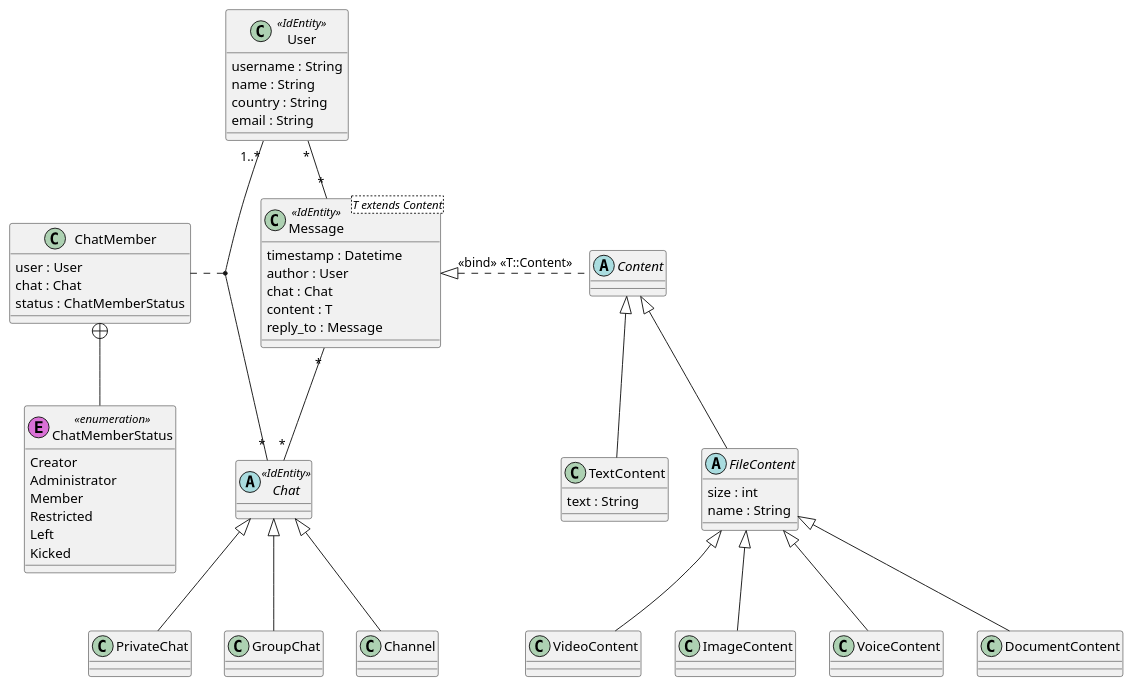
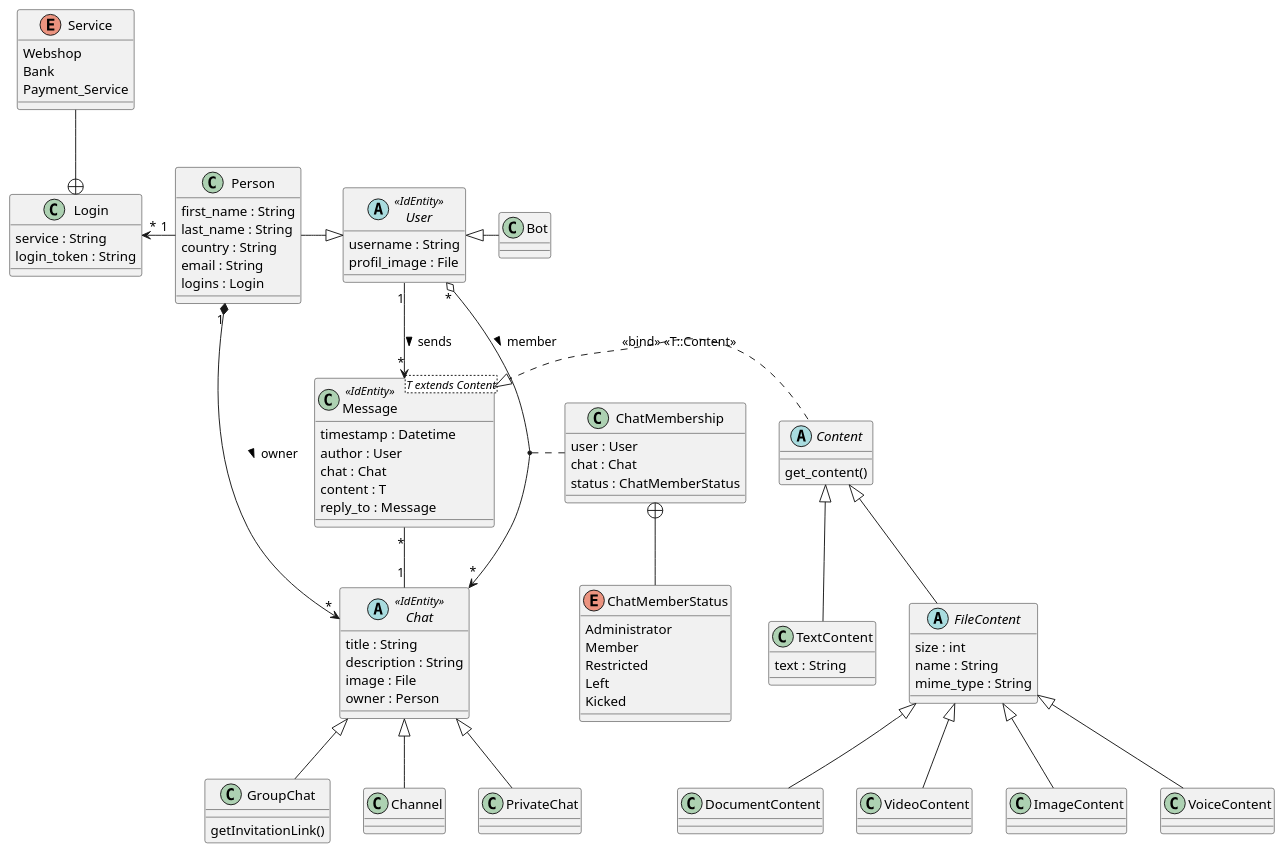
Before and after one commit to bbenno/oth-sw: the diagram in src/doc/uml-domain.pu, drawn with PlantUML.

Commit message:
Extend UML domain model
* add classes
  * Person
  * Login
  * Service
* clarify association types

```diff
--- a/src/doc/uml-domain.pu
+++ b/src/doc/uml-domain.pu
@@ -1,69 +1,108 @@
 @startuml
 
-class User <<IdEntity>> {
-    username : String
-    name : String
+class Person {
+    first_name : String
+    last_name : String
     country : String
     email : String
+    logins : Login
 }
 
-abstract class Chat <<IdEntity>>
+class Login {
+    service : String
+    login_token : String
+}
 
-class ChatMember {
+enum Service {
+    Webshop
+    Bank
+    Payment_Service
+}
+
+abstract class User <<IdEntity>> {
+    username : String
+    profil_image : File
+}
+
+abstract class Chat <<IdEntity>> {
+    title : String
+    description : String
+    image : File
+    owner : Person
+}
+
+class PrivateChat
+
+class GroupChat {
+    getInvitationLink()
+}
+
+class ChatMembership {
     user : User
     chat : Chat
     status : ChatMemberStatus
 }
 
-class ChatMemberStatus << (E,orchid) enumeration>> {
-    Creator
+enum ChatMemberStatus {
     Administrator
     Member
     Restricted
     Left
     Kicked
 }
 
-ChatMember +-- ChatMemberStatus
+ChatMembership +-- ChatMemberStatus
 
 class Message <T extends Content> <<IdEntity>> {
     timestamp : Datetime
     author : User
     chat : Chat
     content : T
     reply_to : Message
 }
 
-abstract class Content
+abstract class Content {
+    get_content()
+}
 
 class TextContent {
     text : String
 }
 
 abstract class FileContent {
     size : int
     name : String
+    mime_type : String
 }
+
+
+Person -|> User
+User <|- Bot
+
+Service --+ Login
+
+Login "*" <- "1" Person
 
 ' Attachment inheritance
 Chat <|-- PrivateChat
 Chat <|-- GroupChat
 Chat <|-- Channel
 
 ' Content inheritance
 Content <|-- TextContent
 Content <|-- FileContent
 FileContent <|-- VideoContent
 FileContent <|-- ImageContent
 FileContent <|-- VoiceContent
 FileContent <|-- DocumentContent
 
-User "1..*" -- "*" Chat
-ChatMember .. (User, Chat) 
+User "*" o--> "*" Chat : member >
+(User, Chat) .. ChatMembership
+Person "1" *--> "*" Chat : owner >
 
-User "*" -- "*" Message
-Message "*" -- "*" Chat
+User "1" --> "*" Message : sends >
+Message "*" -- "1" Chat
 
 Message <|. Content : <<bind>> <<T::Content>>
 
 @enduml
```
